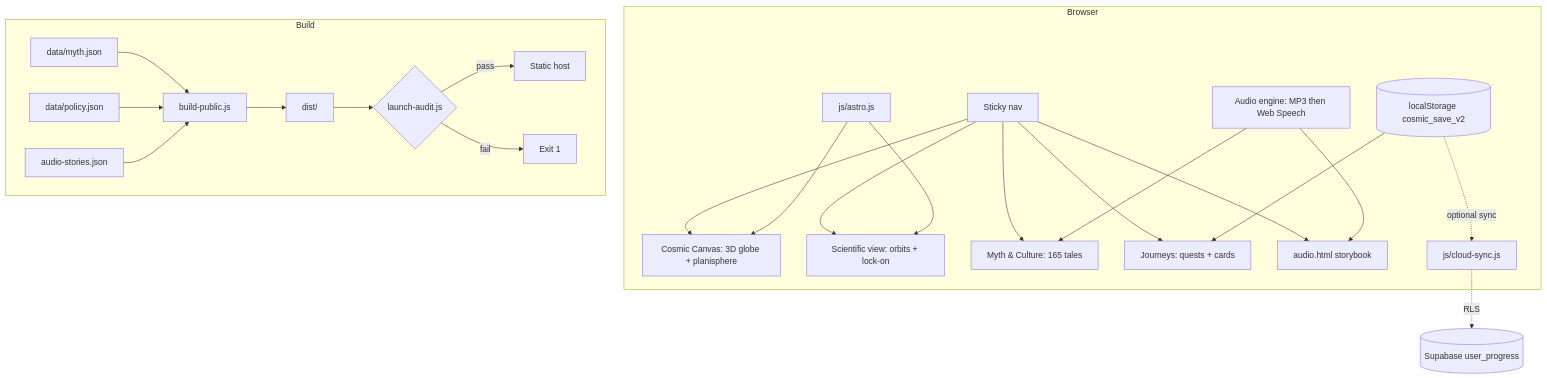
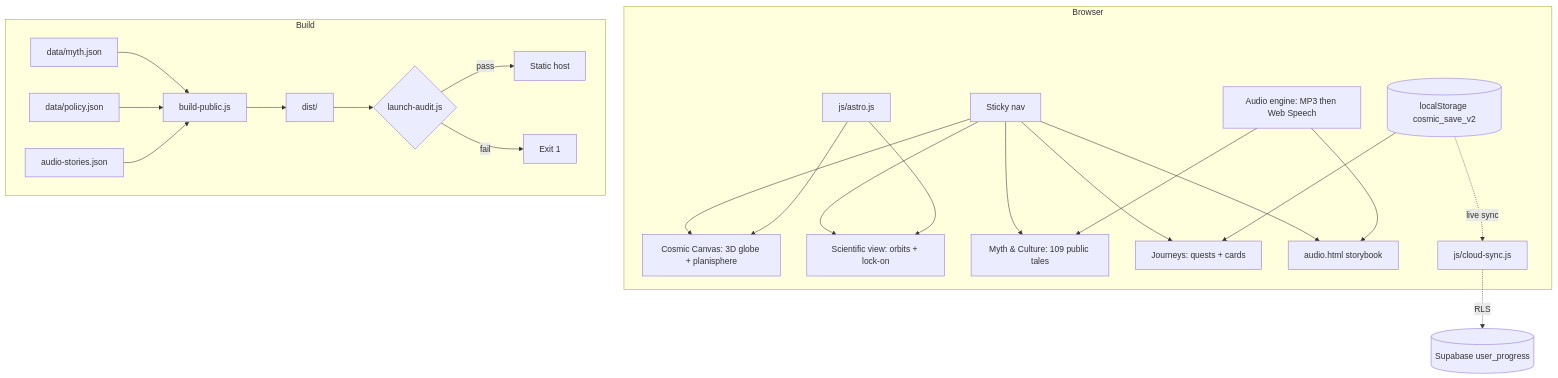
The diagram in README.md (gawasaastha12-jpg/cosmos), drawn with Mermaid before and after one commit. The commit also changed other lines of this file, not shown here.

Commit message:
docs: update README with live deployment, accurate story counts, and test workflow

````diff
--- a/README.md
+++ b/README.md
@@ -21,26 +35,26 @@
 ```mermaid
 graph TD
   subgraph Browser
     Nav[Sticky nav] --> Home[Cosmic Canvas: 3D globe + planisphere]
     Nav --> Sci[Scientific view: orbits + lock-on]
-    Nav --> Myth[Myth & Culture: 165 tales]
+    Nav --> Myth[Myth & Culture: 109 public tales]
     Nav --> Play[Journeys: quests + cards]
     Nav --> Audio[audio.html storybook]
     Astro[js/astro.js] --> Home
     Astro --> Sci
     Speech[Audio engine: MP3 then Web Speech] --> Myth
     Speech --> Audio
     Store[(localStorage cosmic_save_v2)] --> Play
-    Store -. optional sync .-> Cloud[js/cloud-sync.js]
+    Store -. live sync .-> Cloud[js/cloud-sync.js]
   end
   Cloud -. RLS .-> SB[(Supabase user_progress)]
   subgraph Build
     M[data/myth.json] --> B[build-public.js]
     P[data/policy.json] --> B
     A[audio-stories.json] --> B
     B --> D[dist/]
     D --> Audit{launch-audit.js}
     Audit -->|pass| Host[Static host]
     Audit -->|fail| Abort[Exit 1]
   end
 ```
````
